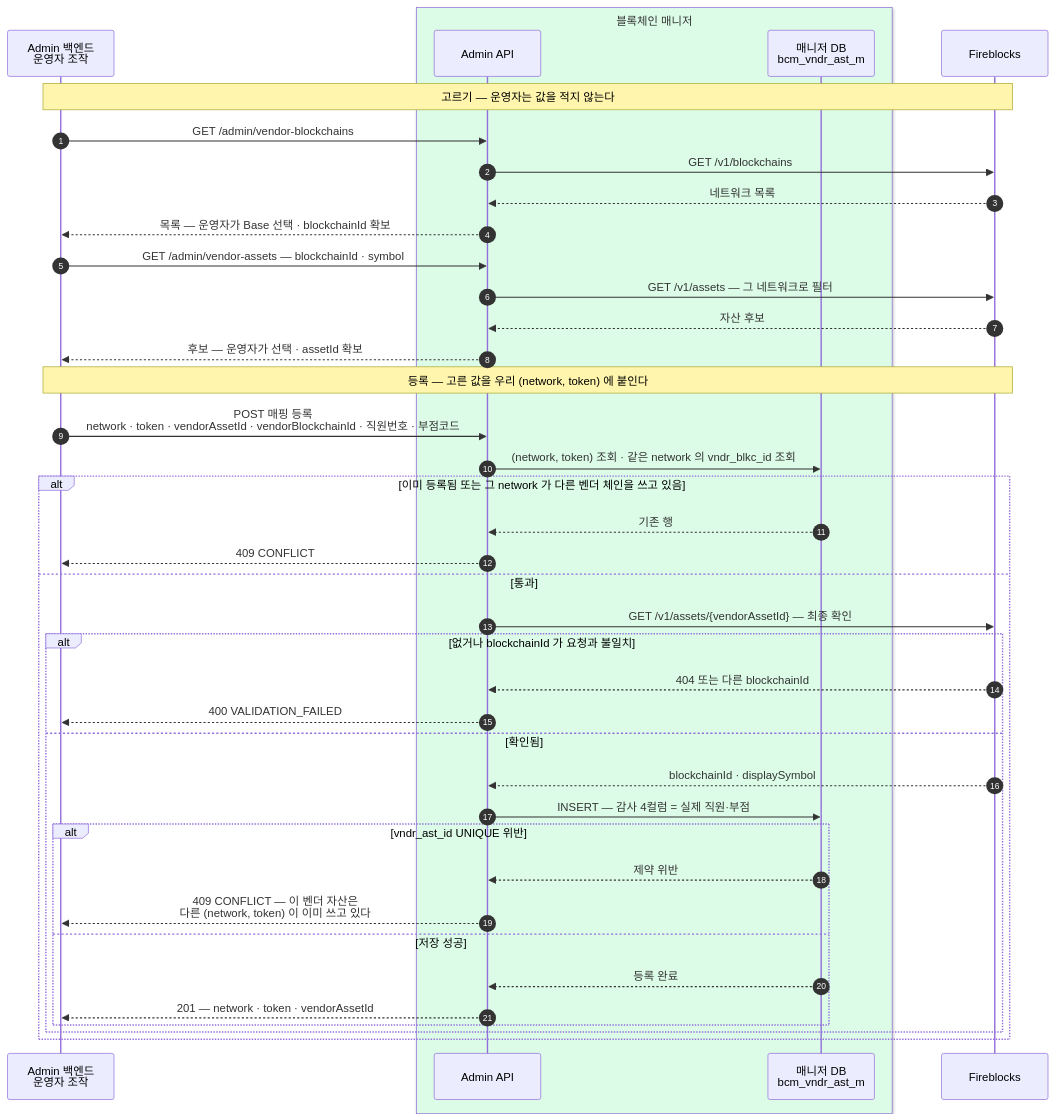
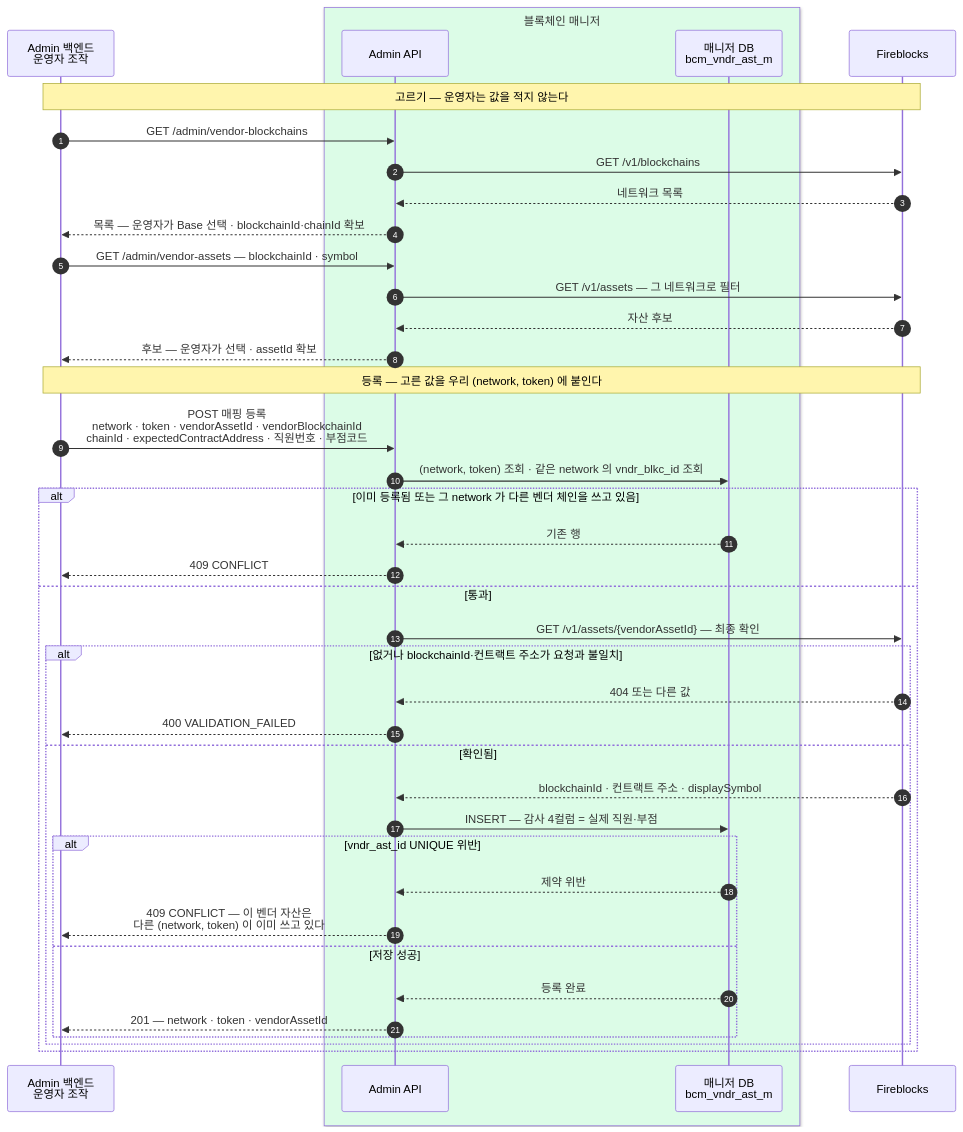
One commit to eunsujeo/eunpus changed the diagram in blockchain-manager/docs/BC/설계/07-asset-master.md. Above: the diagram before and after it, drawn with Mermaid. The commit also changed other lines of this file, not shown here.

First line of the commit message:
07 절 — 네트워크 코드·토큰 심볼 기준 확정 + 컨트랙트 주소 대조 관문

````diff
--- a/blockchain-manager/docs/BC/설계/07-asset-master.md
+++ b/blockchain-manager/docs/BC/설계/07-asset-master.md
@@ -67,44 +94,44 @@
 ```mermaid
 sequenceDiagram
     autonumber
     participant ADM as Admin 백엔드<br/>운영자 조작
     box rgb(220,252,231) 블록체인 매니저
     participant API as Admin API
     participant MDB as 매니저 DB<br/>bcm_vndr_ast_m
     end
     participant FB as Fireblocks
 
     Note over ADM,FB: 고르기 — 운영자는 값을 적지 않는다
     ADM->>API: GET /admin/vendor-blockchains
     API->>FB: GET /v1/blockchains
     FB-->>API: 네트워크 목록
-    API-->>ADM: 목록 — 운영자가 Base 선택 · blockchainId 확보
+    API-->>ADM: 목록 — 운영자가 Base 선택 · blockchainId·chainId 확보
     ADM->>API: GET /admin/vendor-assets — blockchainId · symbol
     API->>FB: GET /v1/assets — 그 네트워크로 필터
     FB-->>API: 자산 후보
     API-->>ADM: 후보 — 운영자가 선택 · assetId 확보
 
     Note over ADM,FB: 등록 — 고른 값을 우리 (network, token) 에 붙인다
-    ADM->>API: POST 매핑 등록<br/>network · token · vendorAssetId · vendorBlockchainId · 직원번호 · 부점코드
+    ADM->>API: POST 매핑 등록<br/>network · token · vendorAssetId · vendorBlockchainId<br/>chainId · expectedContractAddress · 직원번호 · 부점코드
     API->>MDB: (network, token) 조회 · 같은 network 의 vndr_blkc_id 조회
     alt 이미 등록됨 또는 그 network 가 다른 벤더 체인을 쓰고 있음
         MDB-->>API: 기존 행
         API-->>ADM: 409 CONFLICT
     else 통과
         API->>FB: GET /v1/assets/{vendorAssetId} — 최종 확인
-        alt 없거나 blockchainId 가 요청과 불일치
-            FB-->>API: 404 또는 다른 blockchainId
+        alt 없거나 blockchainId·컨트랙트 주소가 요청과 불일치
+            FB-->>API: 404 또는 다른 값
             API-->>ADM: 400 VALIDATION_FAILED
         else 확인됨
-            FB-->>API: blockchainId · displaySymbol
+            FB-->>API: blockchainId · 컨트랙트 주소 · displaySymbol
             API->>MDB: INSERT — 감사 4컬럼 = 실제 직원·부점
             alt vndr_ast_id UNIQUE 위반
                 MDB-->>API: 제약 위반
                 API-->>ADM: 409 CONFLICT — 이 벤더 자산은<br/>다른 (network, token) 이 이미 쓰고 있다
             else 저장 성공
                 MDB-->>API: 등록 완료
                 API-->>ADM: 201 — network · token · vendorAssetId
             end
         end
     end
 ```
````
